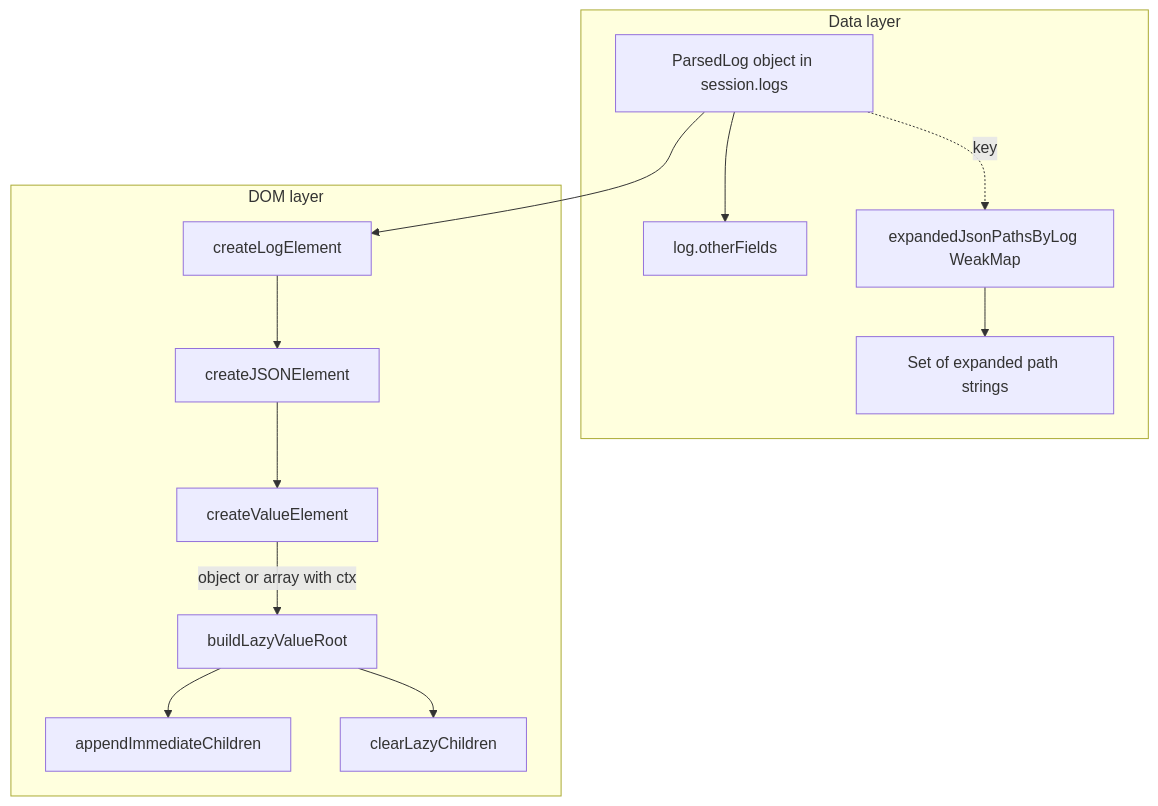
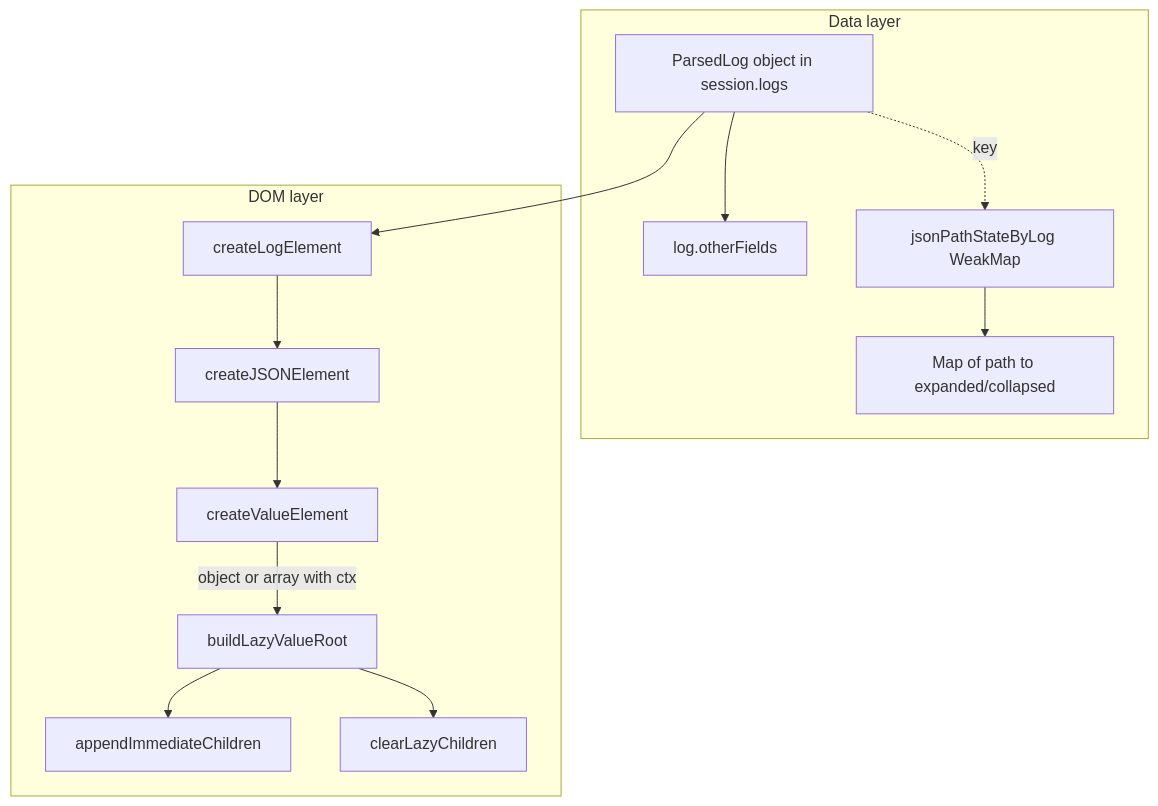
One commit to suryaadi44/slog-viewer changed the first of 4 diagrams in src/docs/lazyCollapsibleJson.md. Above: the diagram before and after it, drawn with Mermaid. The commit also changed other lines of this file and 3 other files, not shown here.

````diff
--- a/src/docs/lazyCollapsibleJson.md
+++ b/src/docs/lazyCollapsibleJson.md
@@ -23,27 +25,27 @@
 ```mermaid
 flowchart TB
   subgraph data [Data layer]
     logObj[ParsedLog object in session.logs]
     otherFields[log.otherFields]
-    weakMap[expandedJsonPathsByLog WeakMap]
-    pathSet["Set of expanded path strings"]
+    weakMap[jsonPathStateByLog WeakMap]
+    pathSet["Map of path to expanded/collapsed"]
     logObj --> otherFields
     logObj -.->|key| weakMap
     weakMap --> pathSet
   end
 
   subgraph dom [DOM layer]
     createLog[createLogElement]
     createJSON[createJSONElement]
     createVal[createValueElement]
     lazyRoot[buildLazyValueRoot]
     appendCh[appendImmediateChildren]
     clearCh[clearLazyChildren]
     createLog --> createJSON --> createVal
     createVal -->|object or array with ctx| lazyRoot
     lazyRoot --> appendCh
     lazyRoot --> clearCh
   end
 
   logObj --> createLog
 ```
````
